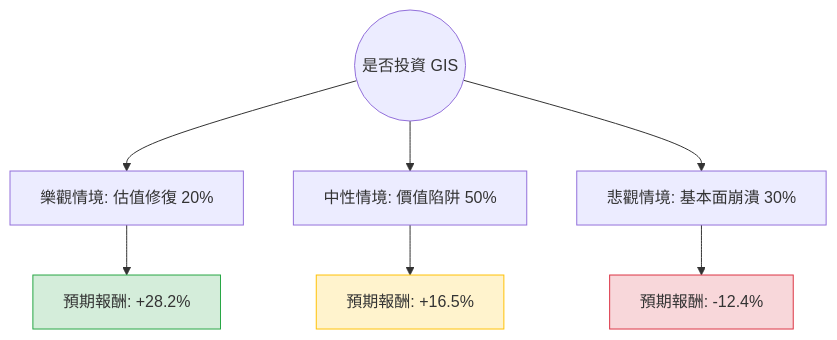
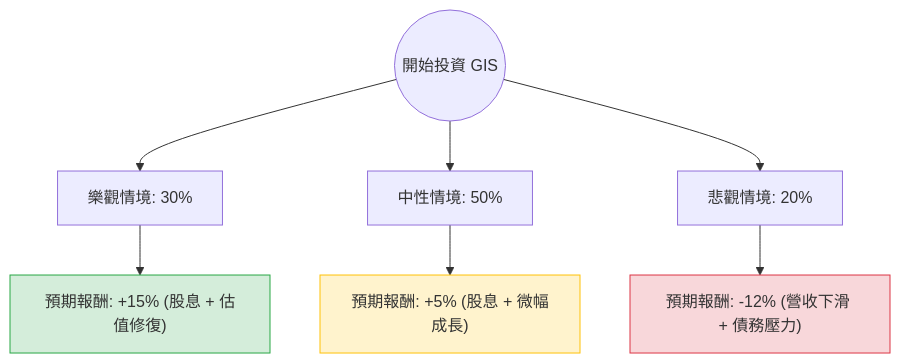
Before and after one commit to zmcx16/zmcx16.github.io: the diagram in plugin-react/ai-analysis/ev-analysis/GIS.md, drawn with Mermaid. The commit also changed other lines of this file and 63 other files, not shown here.

````diff
--- a/plugin-react/ai-analysis/ev-analysis/GIS.md
+++ b/plugin-react/ai-analysis/ev-analysis/GIS.md
@@ -21,14 +17,14 @@
 ```mermaid
 graph TD
-    Start((是否投資 GIS)) --> Bull[樂觀情境: 估值修復 20%]
-    Start --> Base[中性情境: 價值陷阱 50%]
-    Start --> Bear[悲觀情境: 基本面崩潰 30%]
+    Start((開始投資 GIS)) --> Optimistic[樂觀情境: 30%]
+    Start --> Neutral[中性情境: 50%]
+    Start --> Pessimistic[悲觀情境: 20%]
 
-    Bull --> Bull_EV[預期報酬: +28.2%]
-    Base --> Base_EV[預期報酬: +16.5%]
-    Bear --> Bear_EV[預期報酬: -12.4%]
+    Optimistic --> Opt_EV["預期報酬: +15% (股息 + 估值修復)"]
+    Neutral --> Neu_EV["預期報酬: +5% (股息 + 微幅成長)"]
+    Pessimistic --> Pes_EV["預期報酬: -12% (營收下滑 + 債務壓力)"]
 
-    style Bull_EV fill:#d4edda,stroke:#28a745
-    style Base_EV fill:#fff3cd,stroke:#ffc107
-    style Bear_EV fill:#f8d7da,stroke:#dc3545
+    style Opt_EV fill:#d4edda,stroke:#28a745
+    style Neu_EV fill:#fff3cd,stroke:#ffc107
+    style Pes_EV fill:#f8d7da,stroke:#dc3545
 ```
````
